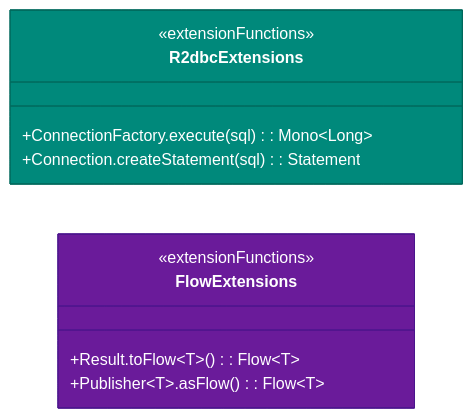
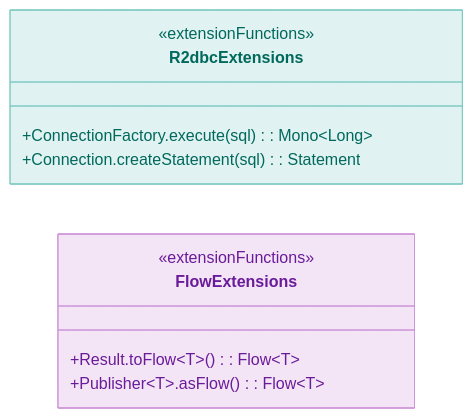
Before and after one commit to bluetape4k/bluetape4k-projects: the first of 4 diagrams in data/r2dbc/README.ko.md, drawn with Mermaid. The commit also changed other lines of this file and 219 other files, not shown here.

First line of the commit message:
docs: 전체 README Mermaid 다이어그램 가이드 적용

````diff
--- a/data/r2dbc/README.ko.md
+++ b/data/r2dbc/README.ko.md
@@ -294,17 +294,17 @@
 ```mermaid
 classDiagram
     direction LR
     class R2dbcExtensions {
         <<extensionFunctions>>
         +ConnectionFactory.execute(sql): Mono~Long~
         +Connection.createStatement(sql): Statement
     }
     class FlowExtensions {
         <<extensionFunctions>>
         +Result.toFlow~T~(): Flow~T~
         +Publisher~T~.asFlow(): Flow~T~
     }
 
-    style R2dbcExtensions fill:#00897B,stroke:#00695C,color:#FFFFFF
-    style FlowExtensions fill:#6A1B9A,stroke:#4A148C,color:#FFFFFF
+    style R2dbcExtensions fill:#E0F2F1,stroke:#80CBC4,color:#00695C
+    style FlowExtensions fill:#F3E5F5,stroke:#CE93D8,color:#6A1B9A
 ```
````
